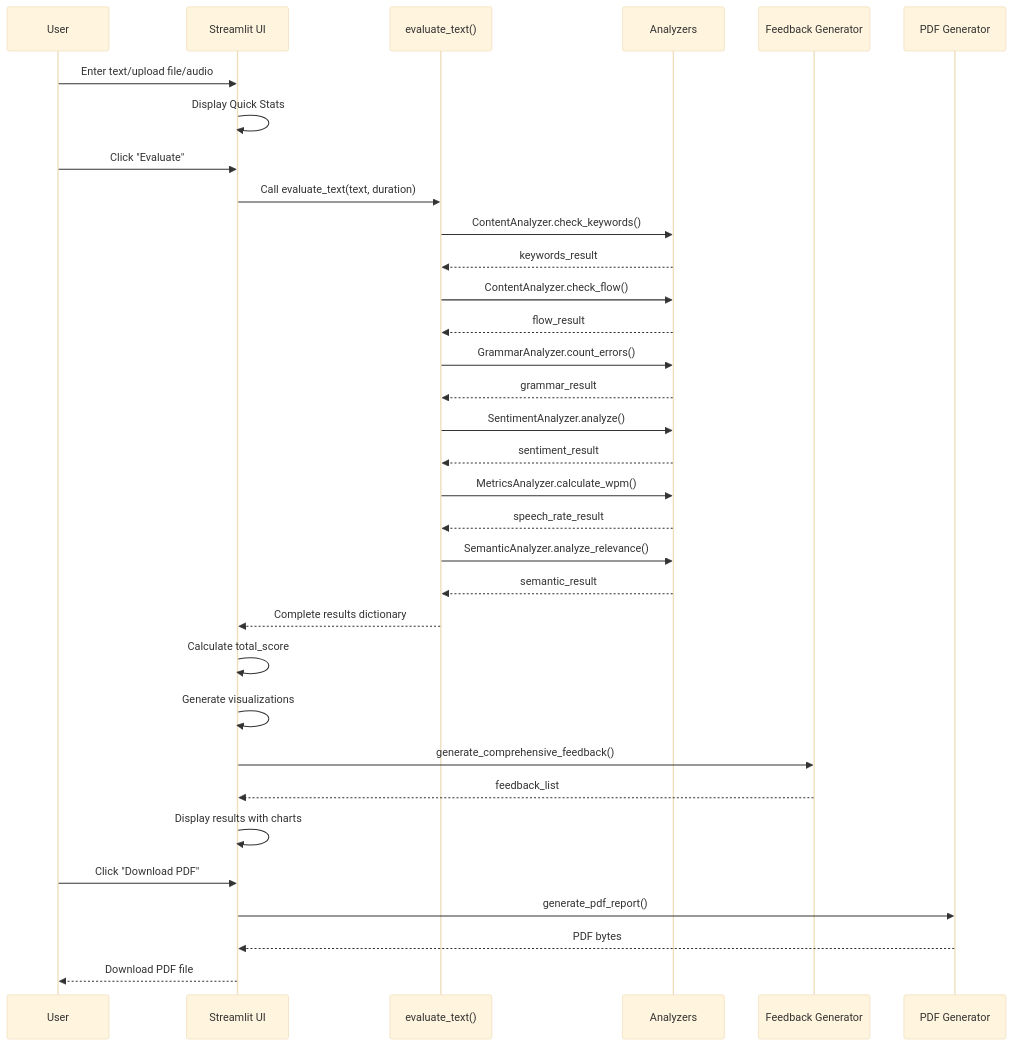
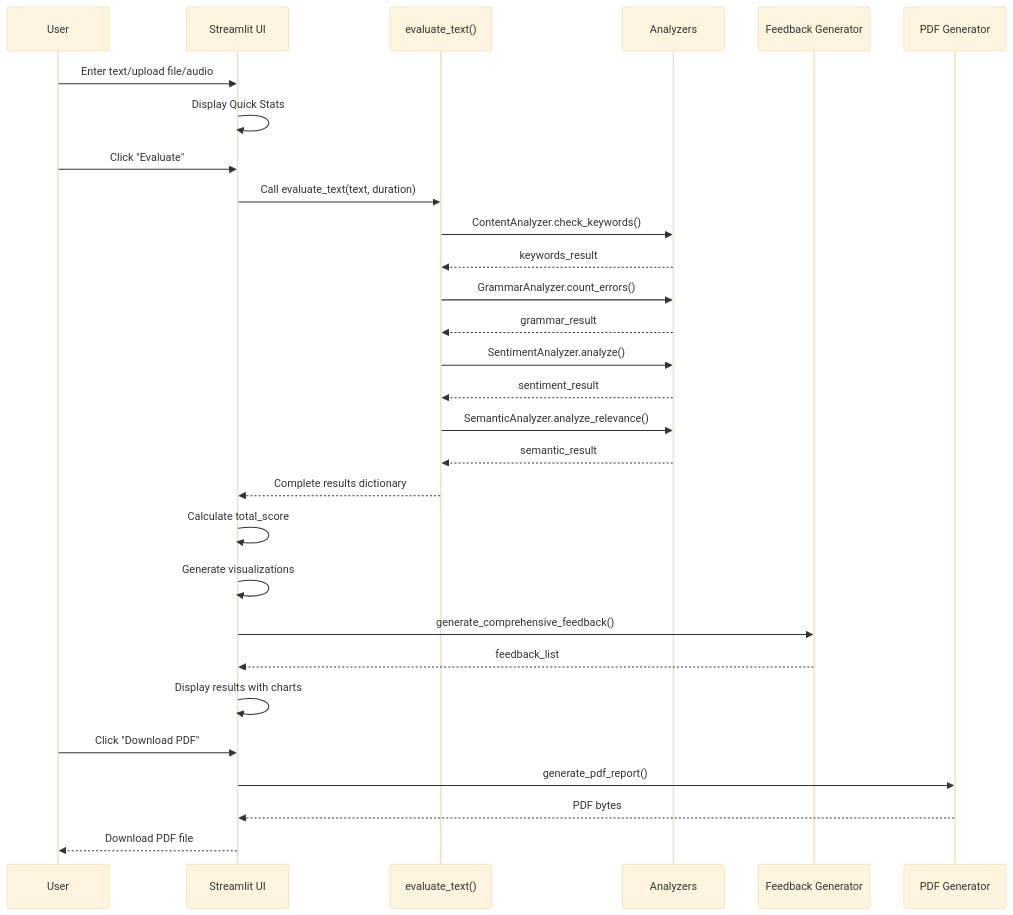
One commit to SatyamSingh-Git/AI-Intro-Evaluator changed the third of 3 diagrams in README.md. Above: the diagram before and after it, drawn with Mermaid (base theme). The commit also changed other lines of this file and 1 other file, not shown here.

````diff
--- a/README.md
+++ b/README.md
@@ -289,48 +343,42 @@
 ```mermaid
 sequenceDiagram
     participant User
     participant UI as Streamlit UI
     participant Eval as evaluate_text()
     participant Analyzers
     participant Feedback as Feedback Generator
     participant PDF as PDF Generator
     
     User->>UI: Enter text/upload file/audio
     UI->>UI: Display Quick Stats
     User->>UI: Click "Evaluate"
     
     UI->>Eval: Call evaluate_text(text, duration)
     
     Eval->>Analyzers: ContentAnalyzer.check_keywords()
     Analyzers-->>Eval: keywords_result
     
-    Eval->>Analyzers: ContentAnalyzer.check_flow()
-    Analyzers-->>Eval: flow_result
-    
     Eval->>Analyzers: GrammarAnalyzer.count_errors()
     Analyzers-->>Eval: grammar_result
     
     Eval->>Analyzers: SentimentAnalyzer.analyze()
     Analyzers-->>Eval: sentiment_result
-    
-    Eval->>Analyzers: MetricsAnalyzer.calculate_wpm()
-    Analyzers-->>Eval: speech_rate_result
     
     Eval->>Analyzers: SemanticAnalyzer.analyze_relevance()
     Analyzers-->>Eval: semantic_result
     
     Eval-->>UI: Complete results dictionary
     
     UI->>UI: Calculate total_score
     UI->>UI: Generate visualizations
     
     UI->>Feedback: generate_comprehensive_feedback()
     Feedback-->>UI: feedback_list
     
     UI->>UI: Display results with charts
     
     User->>UI: Click "Download PDF"
     UI->>PDF: generate_pdf_report()
     PDF-->>UI: PDF bytes
     UI-->>User: Download PDF file
 ```
````
